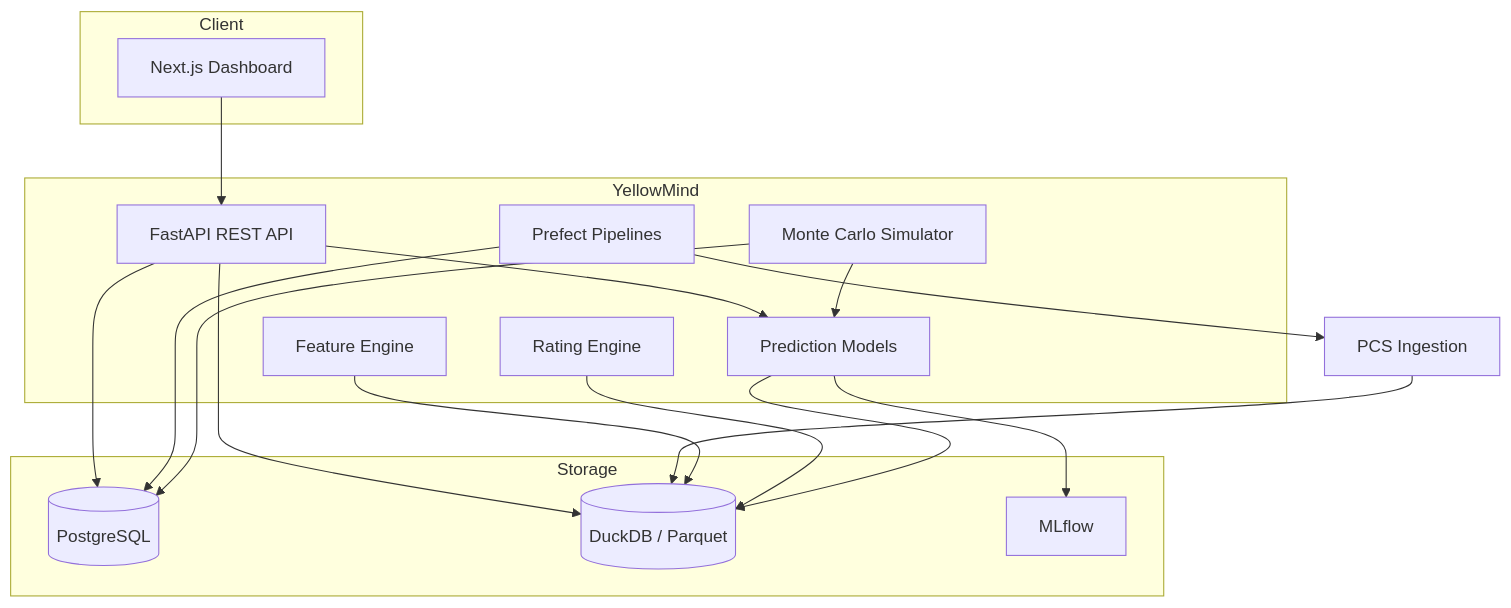
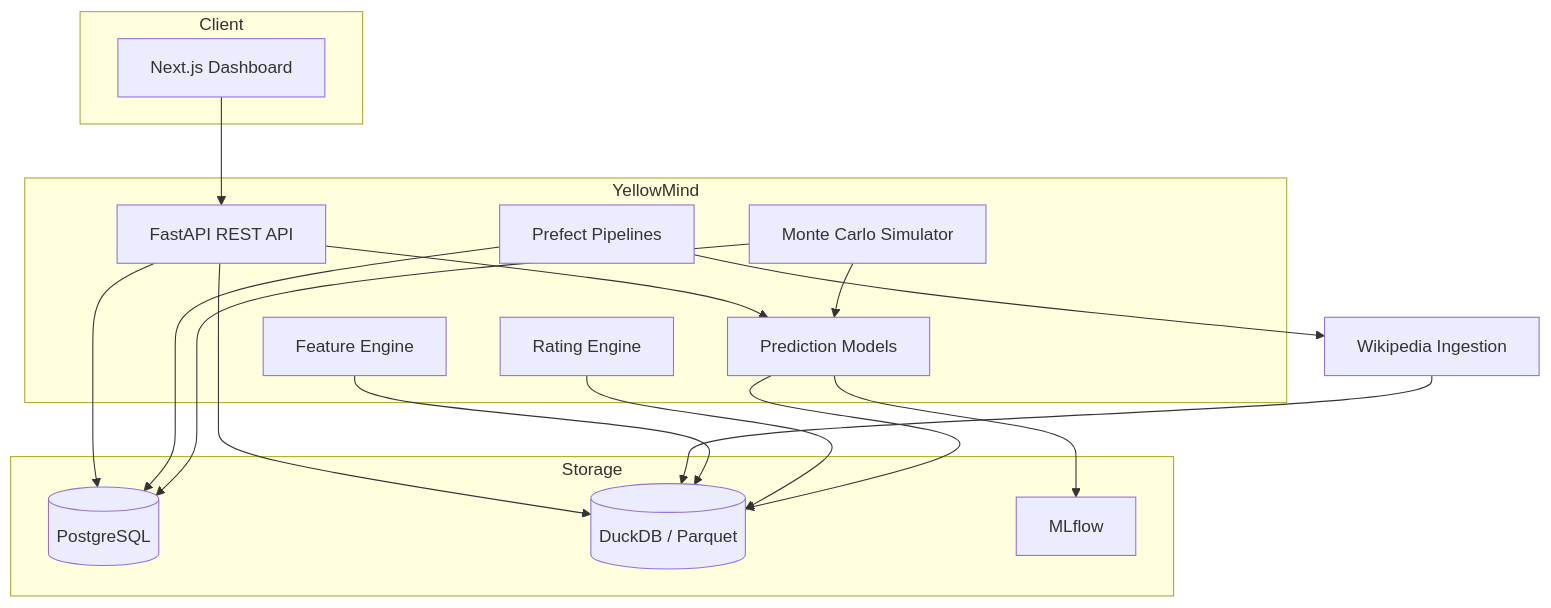
The second of 3 diagrams in docs/architecture/overview.md (McGalagane/YellowMind), drawn with Mermaid before and after one commit. The commit also changed other lines of this file and 6 other files, not shown here.

````diff
--- a/docs/architecture/overview.md
+++ b/docs/architecture/overview.md
@@ -22,35 +22,35 @@
 ```mermaid
 flowchart TB
     subgraph Client
         WEB[Next.js Dashboard]
     end
 
     subgraph YellowMind
         API[FastAPI REST API]
         PREF[Prefect Pipelines]
         FEAT[Feature Engine]
         RATE[Rating Engine]
         ML[Prediction Models]
         SIM[Monte Carlo Simulator]
     end
 
     subgraph Storage
         PG[(PostgreSQL)]
         DDB[(DuckDB / Parquet)]
         MLF[MLflow]
     end
 
     WEB --> API
     API --> PG
     API --> DDB
     API --> ML
-    PREF --> PCS[PCS Ingestion]
-    PCS --> DDB
+    PREF --> ING[Wikipedia Ingestion]
+    ING --> DDB
     PREF --> PG
     FEAT --> DDB
     RATE --> DDB
     ML --> MLF
     ML --> DDB
     SIM --> ML
     SIM --> PG
 ```
````
